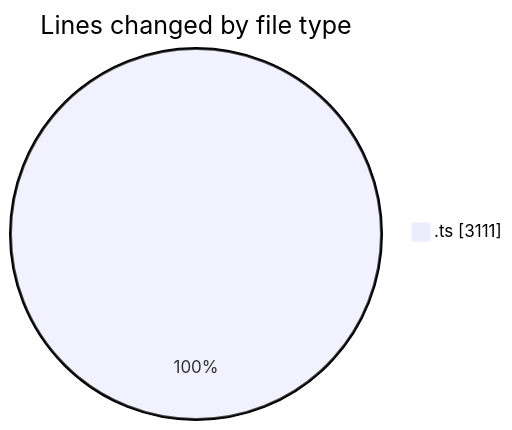
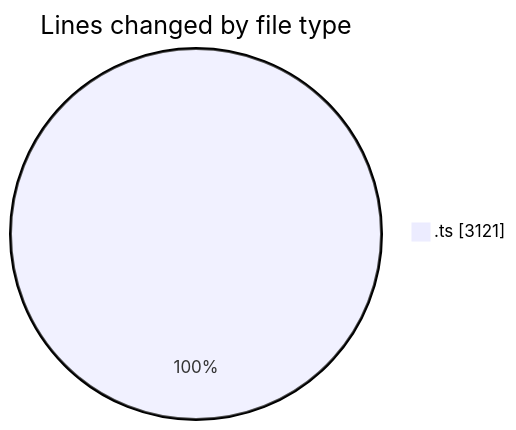
One commit to momahboobian/code-tracking changed the first of 2 diagrams in 2025-06-24/cda/README.md. Above: the diagram before and after it, drawn with Mermaid. The commit also changed other lines of this file and 1 other file, not shown here.

````diff
--- a/2025-06-24/cda/README.md
+++ b/2025-06-24/cda/README.md
@@ -24,5 +24,5 @@
 ```mermaid
 pie showData
 title Lines changed by file type
-".ts" : 3111
+".ts" : 3121
 ```
````
